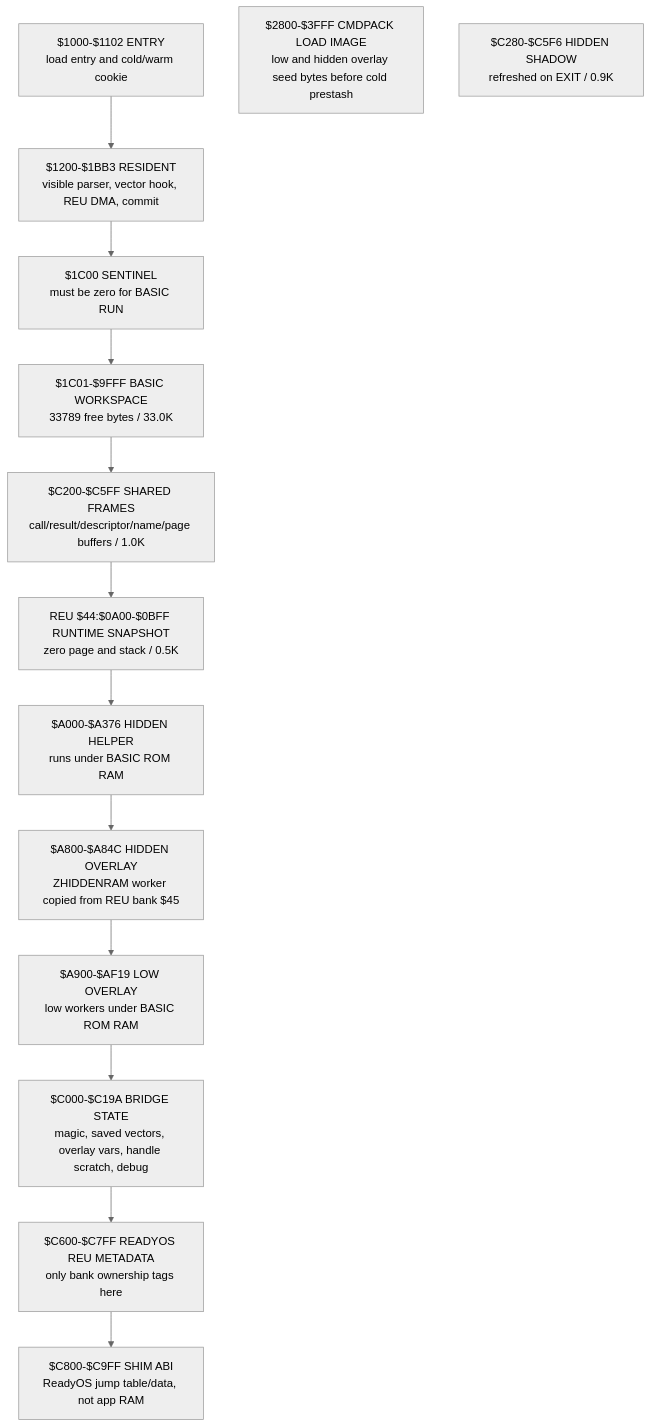
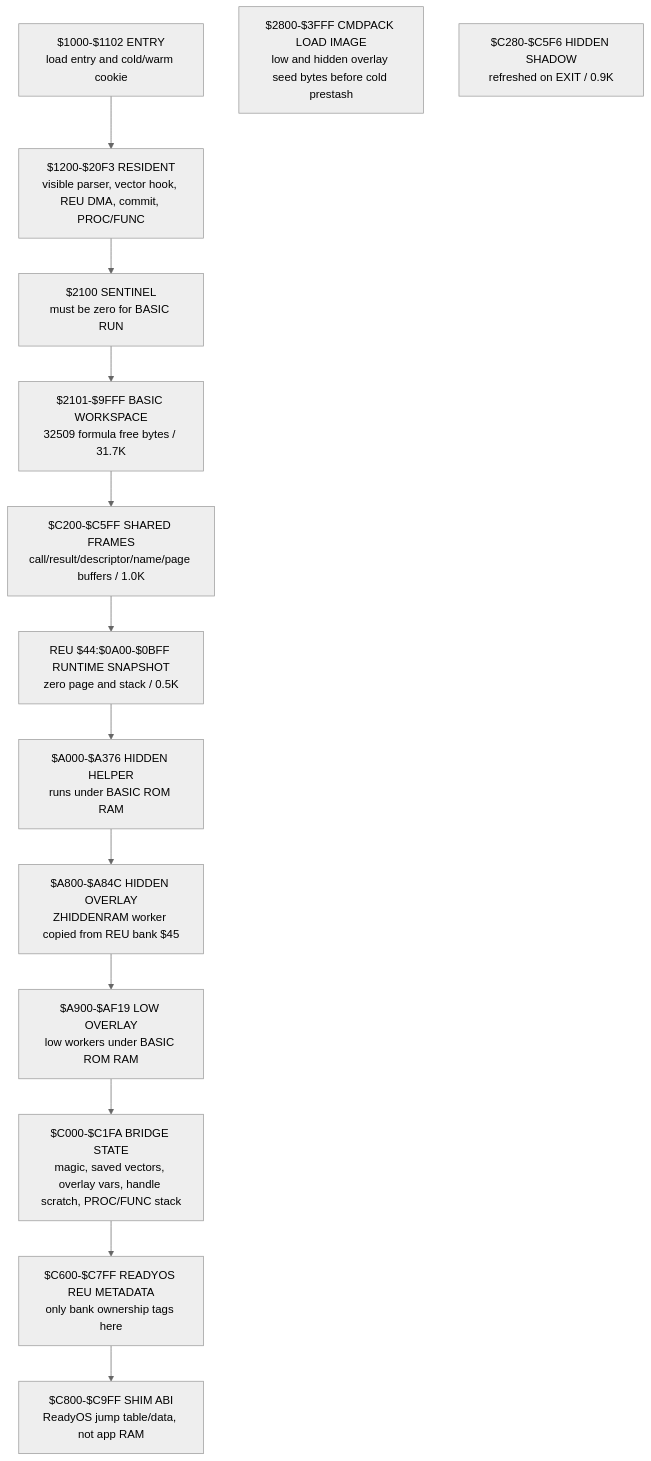
The first of 8 diagrams in src/apps/readybasic/READYBASIC_LIFECYCLE_AND_REU_ARCHITECTURE.md (123Onetwothree123/6502), drawn with Mermaid (neutral theme) before and after one commit. The commit also changed other lines of this file and 18 other files, not shown here.

Commit message:
Add ReadyBASIC native PROC and FUNC

````diff
--- a/src/apps/readybasic/READYBASIC_LIFECYCLE_AND_REU_ARCHITECTURE.md
+++ b/src/apps/readybasic/READYBASIC_LIFECYCLE_AND_REU_ARCHITECTURE.md
@@ -93,20 +93,20 @@
 ```mermaid
 flowchart TB
   A["$1000-$1102 ENTRY<br/>load entry and cold/warm cookie"]
-  B["$1200-$1BB3 RESIDENT<br/>visible parser, vector hook, REU DMA, commit"]
-  C["$1C00 SENTINEL<br/>must be zero for BASIC RUN"]
-  D["$1C01-$9FFF BASIC WORKSPACE<br/>33789 free bytes / 33.0K"]
+  B["$1200-$20F3 RESIDENT<br/>visible parser, vector hook, REU DMA, commit, PROC/FUNC"]
+  C["$2100 SENTINEL<br/>must be zero for BASIC RUN"]
+  D["$2101-$9FFF BASIC WORKSPACE<br/>32509 formula free bytes / 31.7K"]
   E["$2800-$3FFF CMDPACK LOAD IMAGE<br/>low and hidden overlay seed bytes before cold prestash"]
   F["REU $44:$0A00-$0BFF RUNTIME SNAPSHOT<br/>zero page and stack / 0.5K"]
   G["$C200-$C5FF SHARED FRAMES<br/>call/result/descriptor/name/page buffers / 1.0K"]
   I["$C280-$C5F6 HIDDEN SHADOW<br/>refreshed on EXIT / 0.9K"]
   J["$A000-$A376 HIDDEN HELPER<br/>runs under BASIC ROM RAM"]
   K["$A800-$A84C HIDDEN OVERLAY<br/>ZHIDDENRAM worker copied from REU bank $45"]
   O["$A900-$AF19 LOW OVERLAY<br/>low workers under BASIC ROM RAM"]
-  L["$C000-$C19A BRIDGE STATE<br/>magic, saved vectors, overlay vars, handle scratch, debug"]
+  L["$C000-$C1FA BRIDGE STATE<br/>magic, saved vectors, overlay vars, handle scratch, PROC/FUNC stack"]
   M["$C600-$C7FF READYOS REU METADATA<br/>only bank ownership tags here"]
   N["$C800-$C9FF SHIM ABI<br/>ReadyOS jump table/data, not app RAM"]
 
   A --> B --> C --> D --> G
   G --> F --> J --> K --> O --> L --> M --> N
 ```
````
